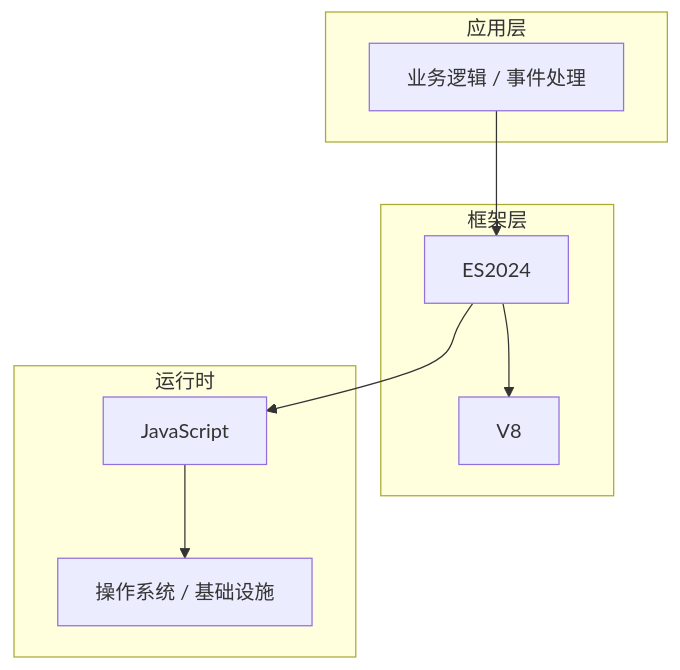
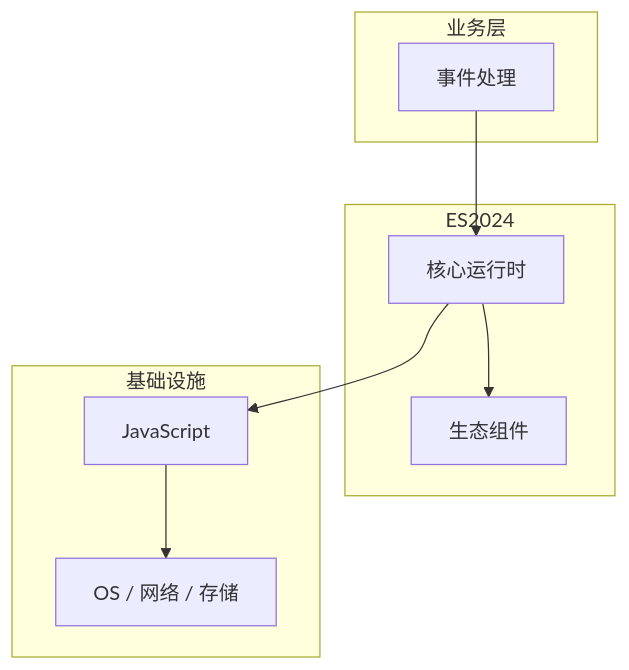
Before and after one commit to yanggan2015/knowledge-json-v2: the diagram in articles/JavaScript核心/chapters/168-事件处理核心概念与原理.md, drawn with Mermaid. The commit also changed other lines of this file and 10127 other files, not shown here.

````diff
--- a/articles/JavaScript核心/chapters/168-事件处理核心概念与原理.md
+++ b/articles/JavaScript核心/chapters/168-事件处理核心概念与原理.md
@@ -45,18 +34,18 @@
 ```mermaid
 graph TB
-    subgraph 应用层
-        A[业务逻辑 / 事件处理]
+    subgraph 业务层
+        A[事件处理]
     end
-    subgraph 框架层
-        B[ES2024]
-        C[V8]
+    subgraph ES2024
+        B[核心运行时]
+        C[生态组件]
     end
-    subgraph 运行时
+    subgraph 基础设施
         D[JavaScript]
-        E[操作系统 / 基础设施]
+        E[OS / 网络 / 存储]
     end
     A --> B
     B --> C
     B --> D
     D --> E
 ```
````
